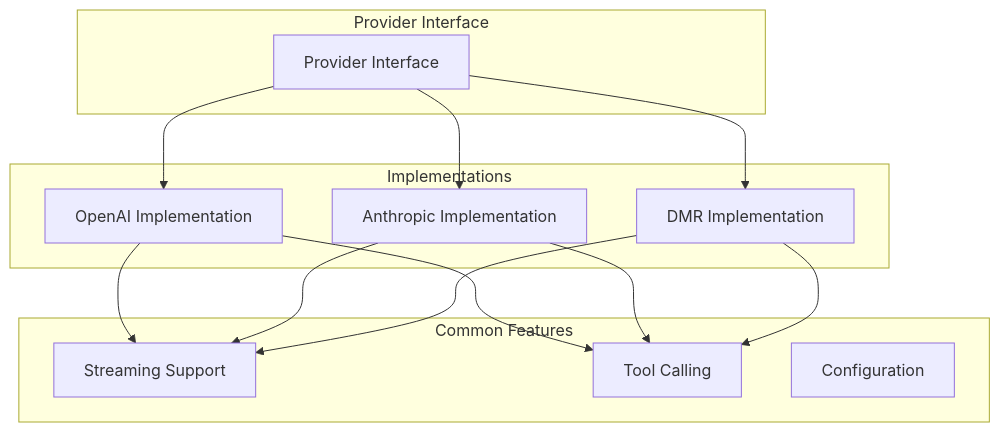
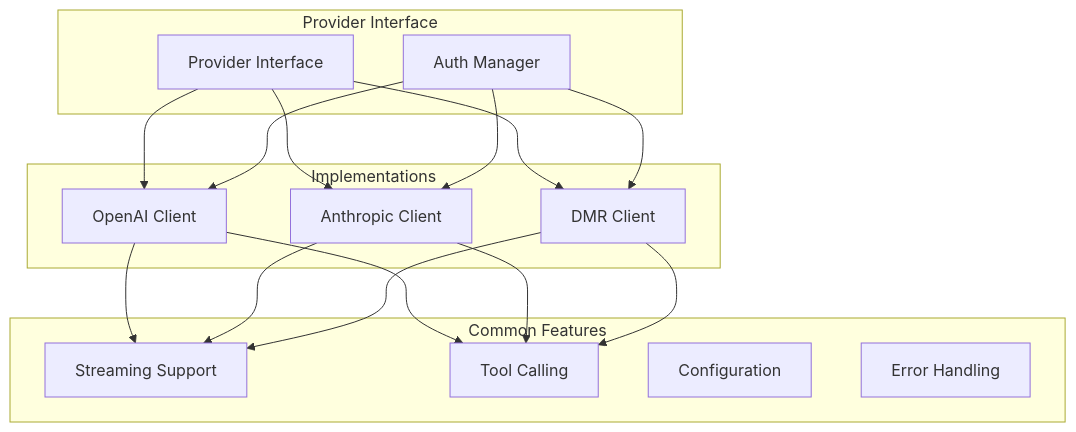
Before and after one commit to vvoland/cagent: the fifth of 12 diagrams in docs/architecture.md, drawn with Mermaid. The commit also changed other lines of this file, not shown here.

Commit message:
Update architecture docs

````diff
--- a/docs/architecture.md
+++ b/docs/architecture.md
@@ -241,30 +289,36 @@
 ```mermaid
 graph TB
     subgraph "Provider Interface"
         INTERFACE[Provider Interface]
+        AUTH[Auth Manager]
     end
 
     subgraph "Implementations"
-        OPENAI_IMPL[OpenAI Implementation]
-        ANTHROPIC_IMPL[Anthropic Implementation]
-        DMR_IMPL[DMR Implementation]
+        OPENAI[OpenAI Client]
+        ANTHROPIC[Anthropic Client]
+        DMR[DMR Client]
     end
 
     subgraph "Common Features"
         STREAMING[Streaming Support]
         TOOLS_SUPPORT[Tool Calling]
         CONFIG[Configuration]
+        ERROR[Error Handling]
     end
 
-    INTERFACE --> OPENAI_IMPL
-    INTERFACE --> ANTHROPIC_IMPL
-    INTERFACE --> DMR_IMPL
+    INTERFACE --> OPENAI
+    INTERFACE --> ANTHROPIC
+    INTERFACE --> DMR
 
-    OPENAI_IMPL --> STREAMING
-    ANTHROPIC_IMPL --> STREAMING
-    DMR_IMPL --> STREAMING
+    AUTH --> OPENAI
+    AUTH --> ANTHROPIC
+    AUTH --> DMR
 
-    OPENAI_IMPL --> TOOLS_SUPPORT
-    ANTHROPIC_IMPL --> TOOLS_SUPPORT
-    DMR_IMPL --> TOOLS_SUPPORT
+    OPENAI --> STREAMING
+    ANTHROPIC --> STREAMING
+    DMR --> STREAMING
+
+    OPENAI --> TOOLS_SUPPORT
+    ANTHROPIC --> TOOLS_SUPPORT
+    DMR --> TOOLS_SUPPORT
 ```
````
